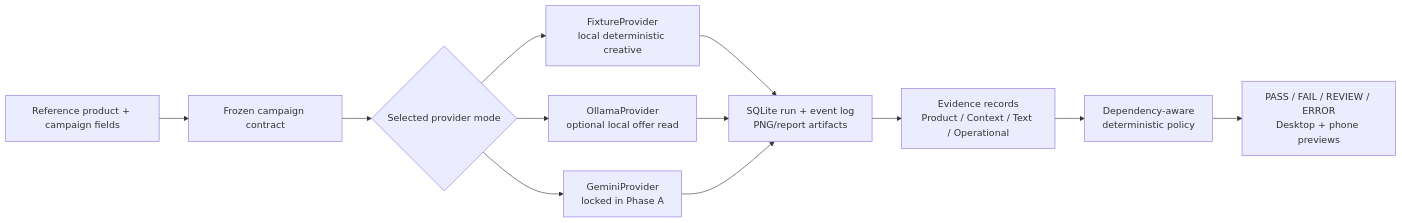
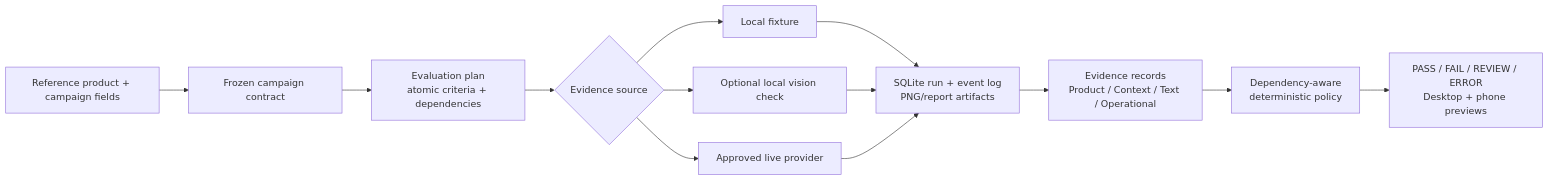
The diagram in README.md (manas8127/proofad), drawn with Mermaid before and after one commit. The commit also changed other lines of this file and 5 other files, not shown here.

````diff
--- a/README.md
+++ b/README.md
@@ -78,14 +78,15 @@
 ```mermaid
 flowchart LR
     A[Reference product + campaign fields] --> B[Frozen campaign contract]
-    B --> C{Selected provider mode}
-    C --> D[FixtureProvider<br/>local deterministic creative]
-    C --> E[OllamaProvider<br/>optional local offer read]
-    C --> F[GeminiProvider<br/>locked in Phase A]
-    D --> G[SQLite run + event log<br/>PNG/report artifacts]
-    E --> G
-    F --> G
-    G --> H[Evidence records<br/>Product / Context / Text / Operational]
-    H --> I[Dependency-aware<br/>deterministic policy]
-    I --> J[PASS / FAIL / REVIEW / ERROR<br/>Desktop + phone previews]
+    B --> C[Evaluation plan<br/>atomic criteria + dependencies]
+    C --> D{Evidence source}
+    D --> E[Local fixture]
+    D --> F[Optional local vision check]
+    D --> G[Approved live provider]
+    E --> H[SQLite run + event log<br/>PNG/report artifacts]
+    F --> H
+    G --> H
+    H --> I[Evidence records<br/>Product / Context / Text / Operational]
+    I --> J[Dependency-aware<br/>deterministic policy]
+    J --> K[PASS / FAIL / REVIEW / ERROR<br/>Desktop + phone previews]
 ```
````
